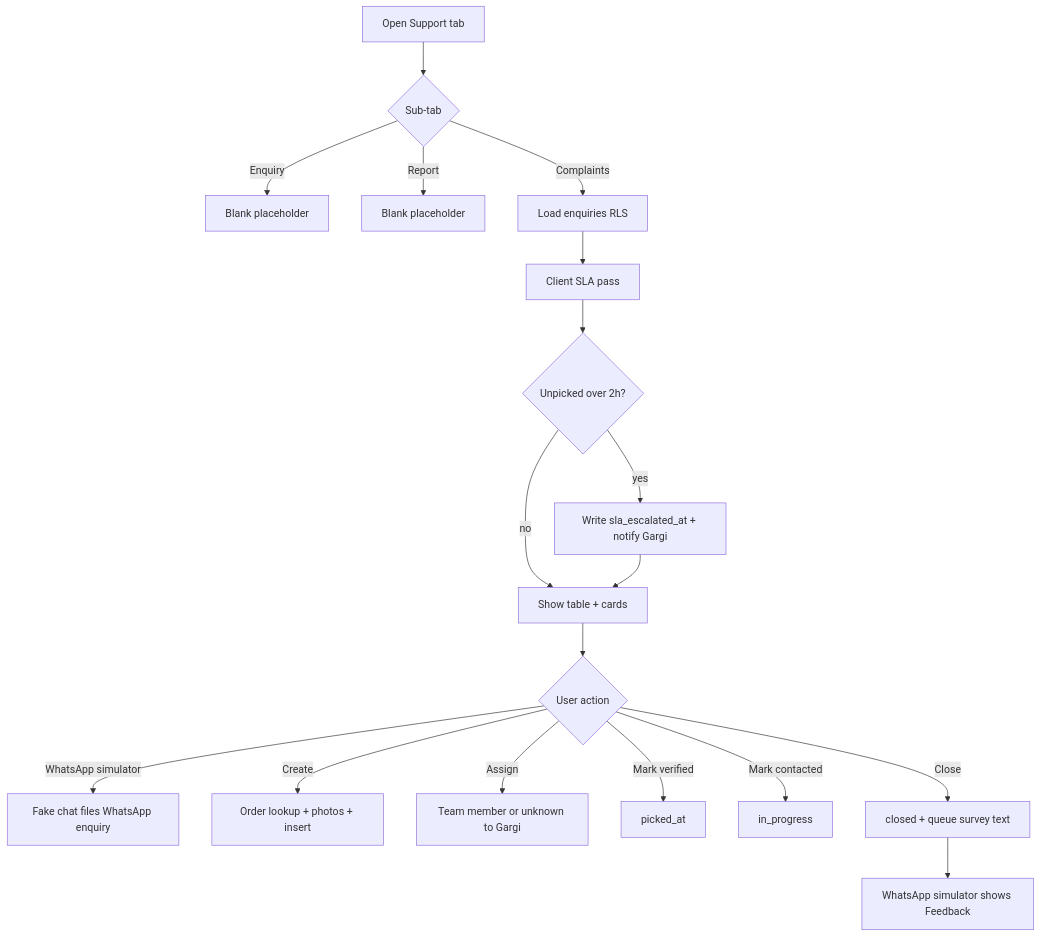
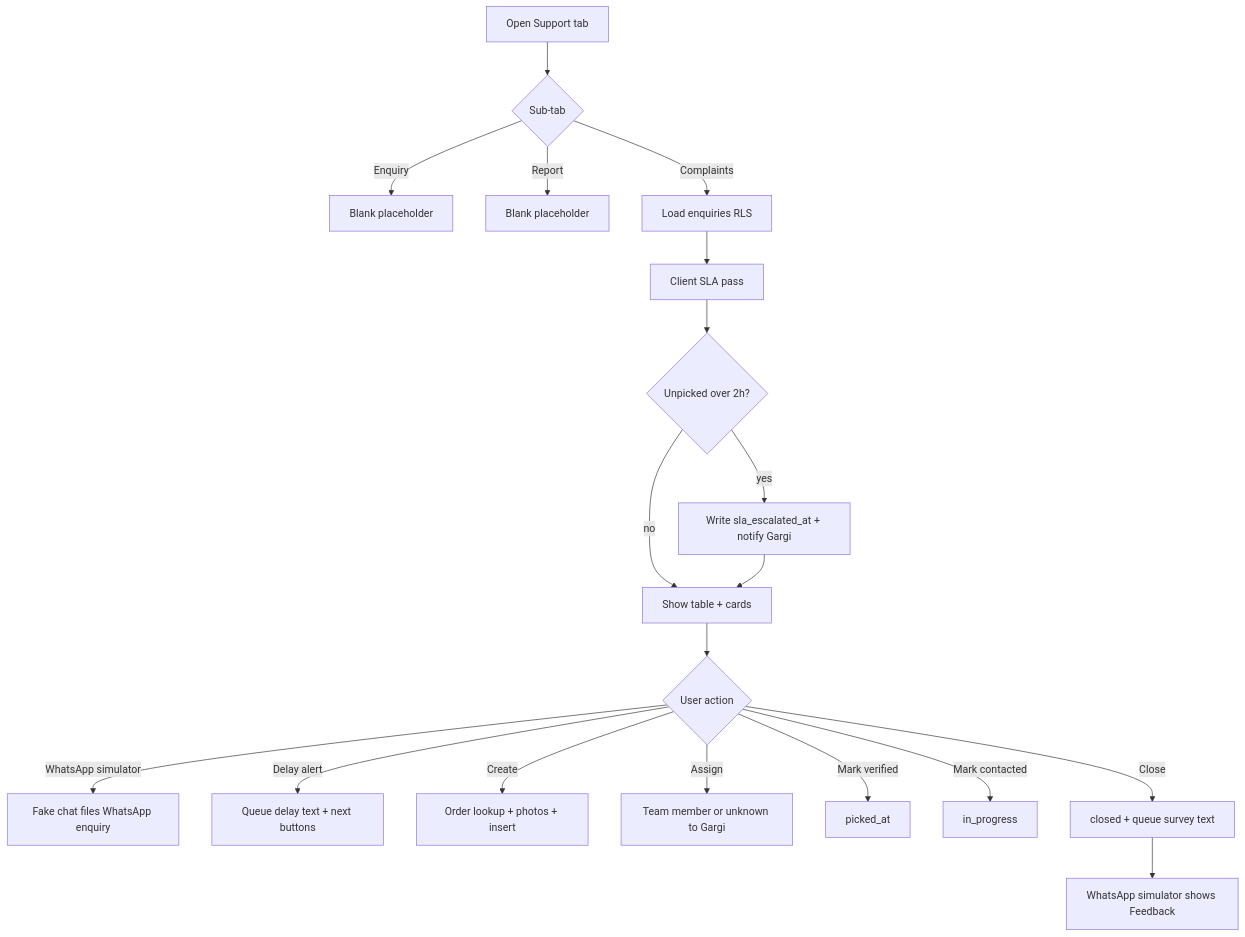
Before and after one commit to Mayur8291/Printing-Tracker: the first of 5 diagrams in docs/FLOWCHARTS.md, drawn with Mermaid. The commit also changed other lines of this file and 17 other files, not shown here.

````diff
--- a/docs/FLOWCHARTS.md
+++ b/docs/FLOWCHARTS.md
@@ -7,20 +7,21 @@
 ```mermaid
 flowchart TD
   A[Open Support tab] --> ST{Sub-tab}
   ST -->|Enquiry| BL1[Blank placeholder]
   ST -->|Report| BL2[Blank placeholder]
   ST -->|Complaints| B[Load enquiries RLS]
   B --> C[Client SLA pass]
   C --> D{Unpicked over 2h?}
   D -->|yes| E[Write sla_escalated_at + notify Gargi]
   D -->|no| F[Show table + cards]
   E --> F
   F --> G{User action}
   G -->|WhatsApp simulator| S[Fake chat files WhatsApp enquiry]
+  G -->|Delay alert| DA[Queue delay text + next buttons]
   G -->|Create| H[Order lookup + photos + insert]
   G -->|Assign| I[Team member or unknown to Gargi]
   G -->|Mark verified| J[picked_at]
   G -->|Mark contacted| K[in_progress]
   G -->|Close| L[closed + queue survey text]
   L --> M[WhatsApp simulator shows Feedback]
 ```
````
